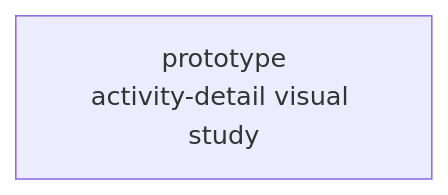
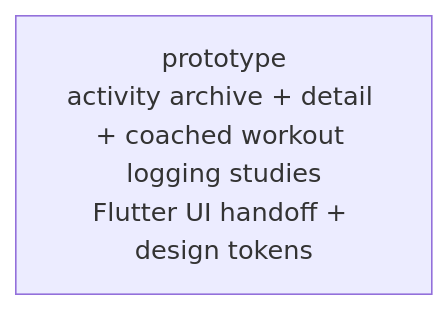
Before and after one commit to gradus-fit/gradus: the diagram in docs/design-system.mmd, drawn with Mermaid. The commit also changed 7 other files, not shown here.

```diff
--- a/docs/design-system.mmd
+++ b/docs/design-system.mmd
@@ -1,3 +1,3 @@
 flowchart TB
     %% Prototype variants and their local presentation assets add no module dependencies.
-    prototype["prototype<br/>activity-detail visual study"]
+    prototype["prototype<br/>activity archive + detail + coached workout logging studies<br/>Flutter UI handoff + design tokens"]
```
